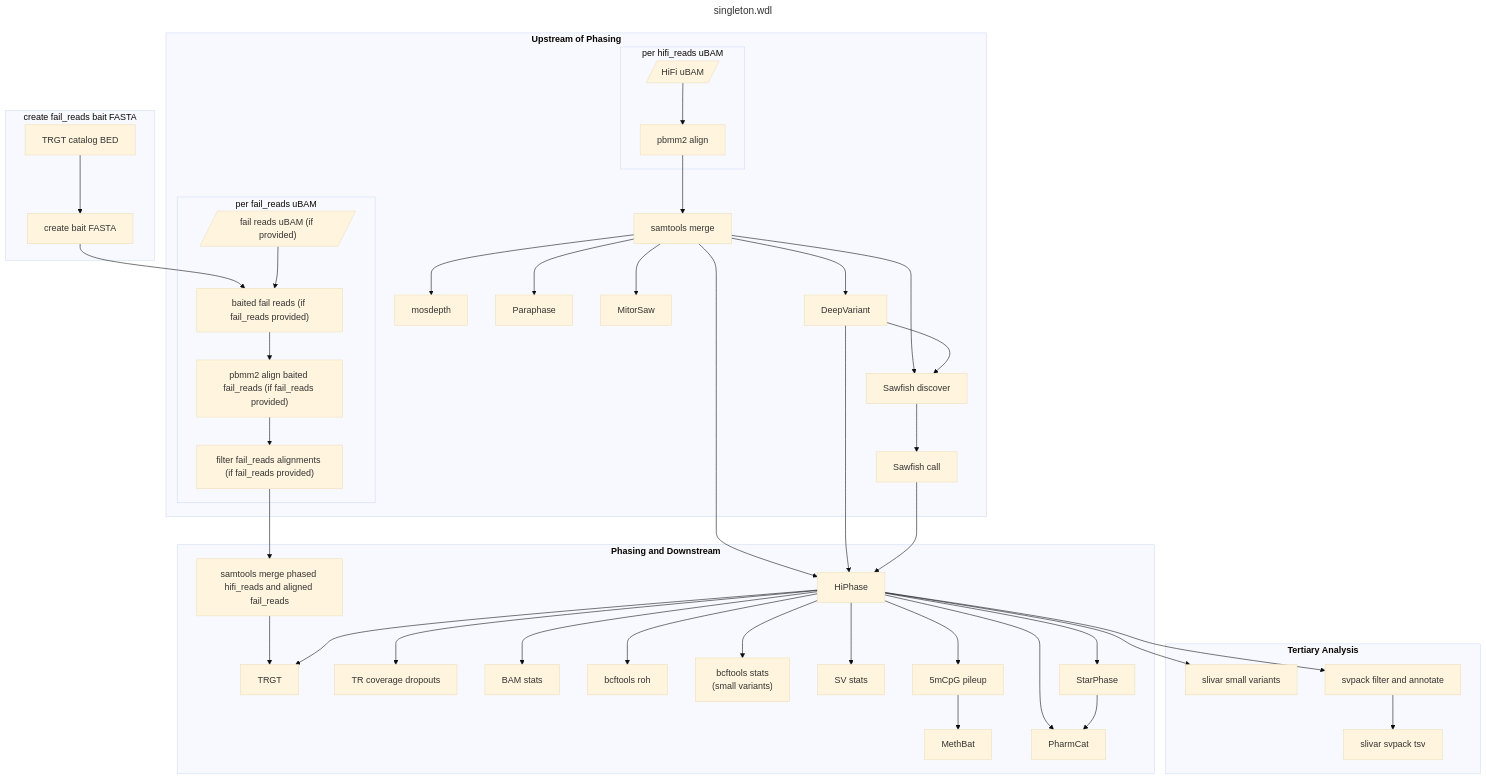
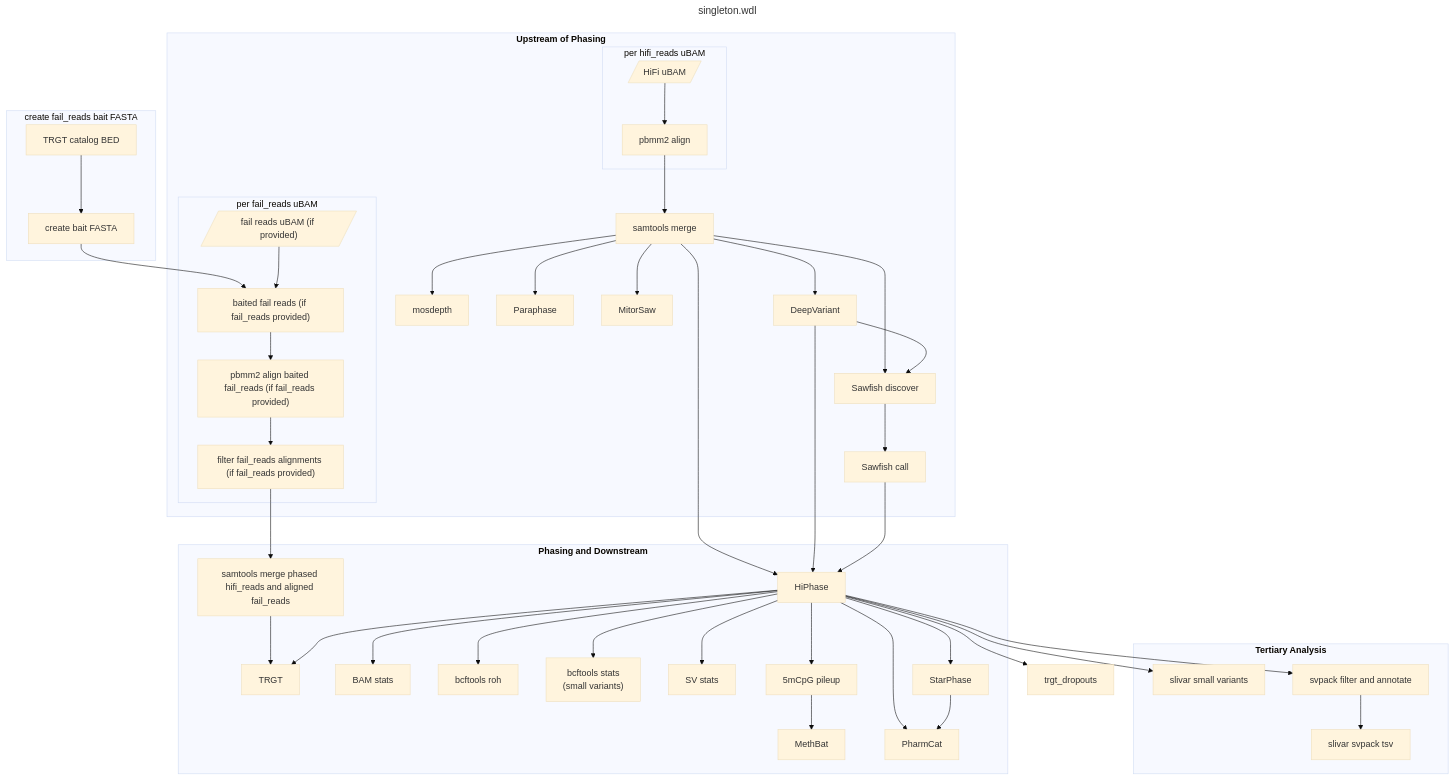
The diagram in docs/singleton.md (PacificBiosciences/HiFi-human-WGS-WDL), drawn with Mermaid (base theme) before and after one commit. The commit also changed 5 other files, not shown here.

First line of the commit message:
feat: Replace check_trgt_coverage.py with find_trgt_dropouts.py

````diff
--- a/docs/singleton.md
+++ b/docs/singleton.md
@@ -19,78 +19,77 @@
 ```mermaid
 ---
 title: singleton.wdl
 ---
 flowchart TD
   subgraph "create fail_reads bait FASTA"
     trgt_catalog["TRGT catalog BED"]
     bait_fasta["create bait FASTA"]
   end
   subgraph "`**Upstream of Phasing**`"
     subgraph "per hifi_reads uBAM"
       ubam[/"HiFi uBAM"/]
       pbmm2_align["pbmm2 align"]
     end
     subgraph "per fail_reads uBAM"
       fail_ubam[/"fail reads uBAM (if provided)"/]
       bait_fail_reads["baited fail reads (if fail_reads provided)"]
       pbmm2_align_fail_reads["pbmm2 align baited fail_reads (if fail_reads provided)"]
       filter_fail_reads["filter fail_reads alignments (if fail_reads provided)"]
     end
     samtools_merge["samtools merge"]
     mosdepth["mosdepth"]
     paraphase["Paraphase"]
     mitorsaw["MitorSaw"]
     deepvariant["DeepVariant"]
     sawfish_discover["Sawfish discover"]
     sawfish_call["Sawfish call"]
   end
   subgraph "`**Phasing and Downstream**`"
     hiphase["HiPhase"]
     samtools_merge_fail_reads["samtools merge phased hifi_reads and aligned fail_reads"]
     trgt["TRGT"]
-    trgt_dropouts["TR coverage dropouts"]
     bam_stats["BAM stats"]
     bcftools_roh["bcftools roh"]
     bcftools_stats["bcftools stats\n(small variants)"]
     sv_stats["SV stats"]
     cpg_pileup["5mCpG pileup"]
     methbat["MethBat"]
     starphase["StarPhase"]
     pharmcat["PharmCat"]
   end
   subgraph "`**Tertiary Analysis**`"
     slivar_small_variants["slivar small variants"]
     svpack["svpack filter and annotate"]
     slivar_svpack["slivar svpack tsv"]
   end
 
   trgt_catalog --> bait_fasta --> bait_fail_reads
   fail_ubam --> bait_fail_reads --> pbmm2_align_fail_reads --> filter_fail_reads --> samtools_merge_fail_reads
   ubam --> pbmm2_align --> samtools_merge
   samtools_merge --> mosdepth
   samtools_merge --> paraphase
   samtools_merge --> mitorsaw
   samtools_merge_fail_reads --> trgt
   samtools_merge --> deepvariant
   samtools_merge --> sawfish_discover
   samtools_merge --> hiphase
   deepvariant --> sawfish_discover
   deepvariant --> hiphase
   sawfish_discover --> sawfish_call --> hiphase
 
   hiphase --> trgt
   hiphase --> bam_stats
   hiphase --> bcftools_roh
   hiphase --> bcftools_stats
   hiphase --> sv_stats
   hiphase --> cpg_pileup
   hiphase --> starphase
   hiphase --> pharmcat
   hiphase --> trgt_dropouts
   starphase --> pharmcat
   cpg_pileup --> methbat
 
   hiphase --> slivar_small_variants
   hiphase --> svpack
   svpack --> slivar_svpack
 ```
````
